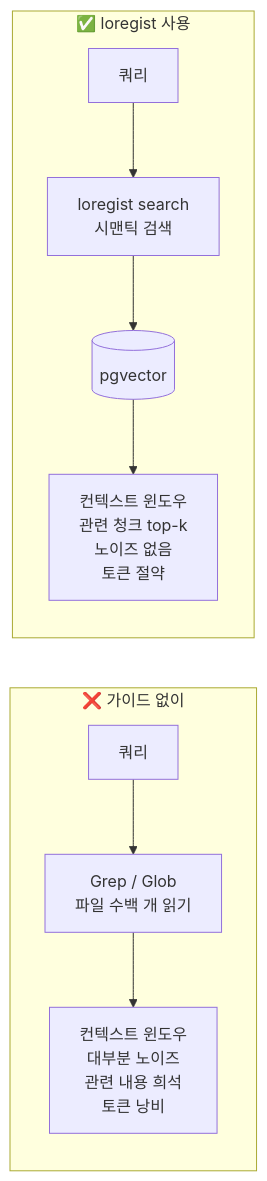
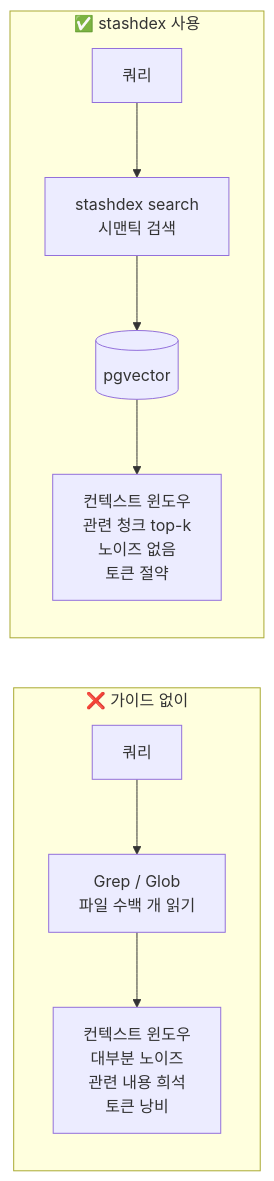
The third of 7 diagrams in ARCHITECTURE.md (mzd-nrkim/loregist), drawn with Mermaid before and after one commit. The commit also changed other lines of this file and 61 other files, not shown here.

First line of the commit message:
sync: loregist→stashdex 리네이밍 + 문서 정비

````diff
--- a/ARCHITECTURE.md
+++ b/ARCHITECTURE.md
@@ -66,14 +66,14 @@
 ```mermaid
 flowchart LR
     subgraph B["❌ 가이드 없이"]
         direction TB
         Q1[쿼리] --> G["Grep / Glob\n파일 수백 개 읽기"]
         G --> C1["컨텍스트 윈도우\n대부분 노이즈\n관련 내용 희석\n토큰 낭비"]
     end
-    subgraph A["✅ loregist 사용"]
+    subgraph A["✅ stashdex 사용"]
         direction TB
-        Q2[쿼리] --> S["loregist search\n시맨틱 검색"]
+        Q2[쿼리] --> S["stashdex search\n시맨틱 검색"]
         S --> DB[(pgvector)]
         DB --> C2["컨텍스트 윈도우\n관련 청크 top-k\n노이즈 없음\n토큰 절약"]
     end
 ```
````
